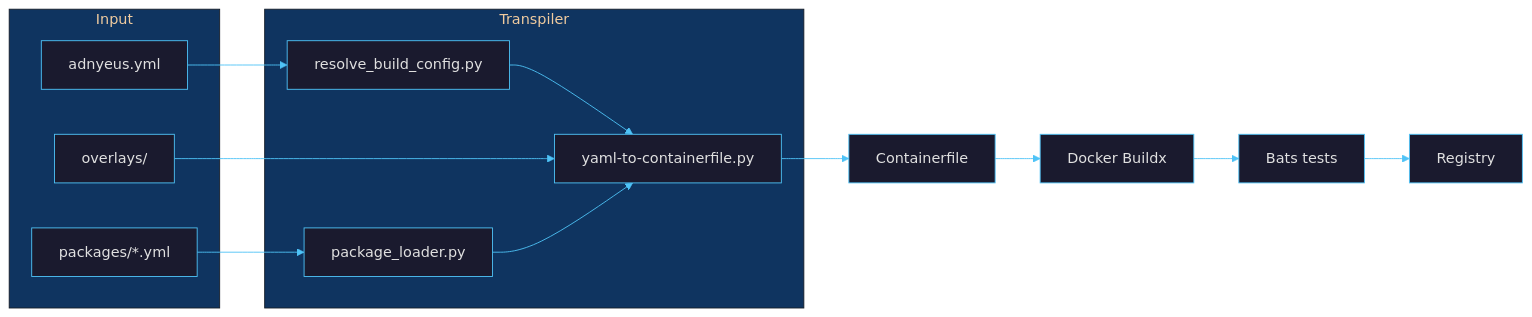
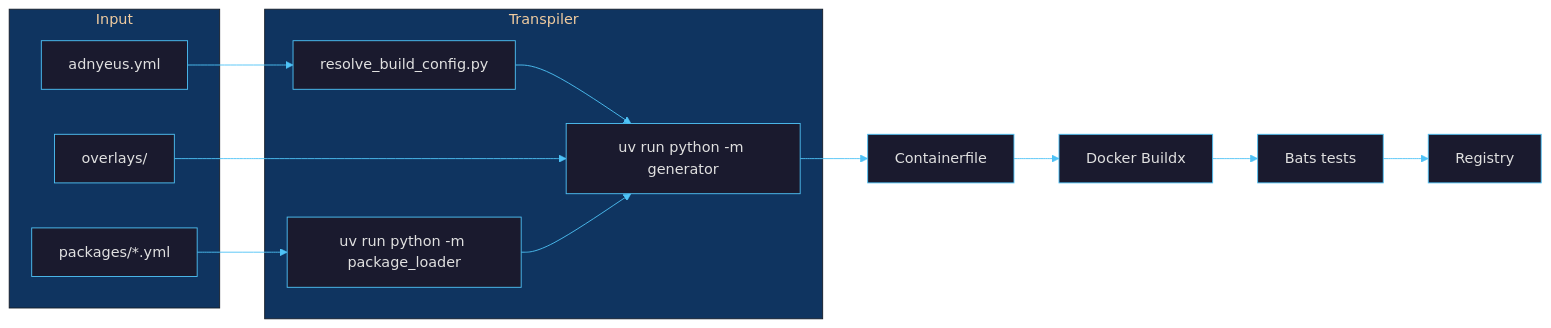
One commit to borninthedark/exousia changed the first of 2 diagrams in README.md. Above: the diagram before and after it, drawn with Mermaid. The commit also changed other lines of this file and 57 other files, not shown here.

````diff
--- a/README.md
+++ b/README.md
@@ -99,21 +99,21 @@
 ```mermaid
 %%{init: {'theme': 'base', 'themeVariables': {'primaryColor': '#1a1a2e', 'primaryTextColor': '#e0e0e0', 'primaryBorderColor': '#4fc3f7', 'lineColor': '#4fc3f7', 'secondaryColor': '#16213e', 'tertiaryColor': '#0f3460', 'edgeLabelBackground': '#1a1a2e'}}}%%
 graph LR
     subgraph Input
         A["adnyeus.yml"]
         O["overlays/"]
         P["packages/*.yml"]
     end
     subgraph Transpiler
         G["resolve_build_config.py"]
-        F["package_loader.py"]
-        B["yaml-to-containerfile.py"]
+        F["uv run python -m package_loader"]
+        B["uv run python -m generator"]
     end
     A --> G --> B
     O --> B
     P --> F --> B
     B --> C["Containerfile"]
     C --> D["Docker Buildx"]
     D --> T["Bats tests"]
     T --> E["Registry"]
 ```
````
